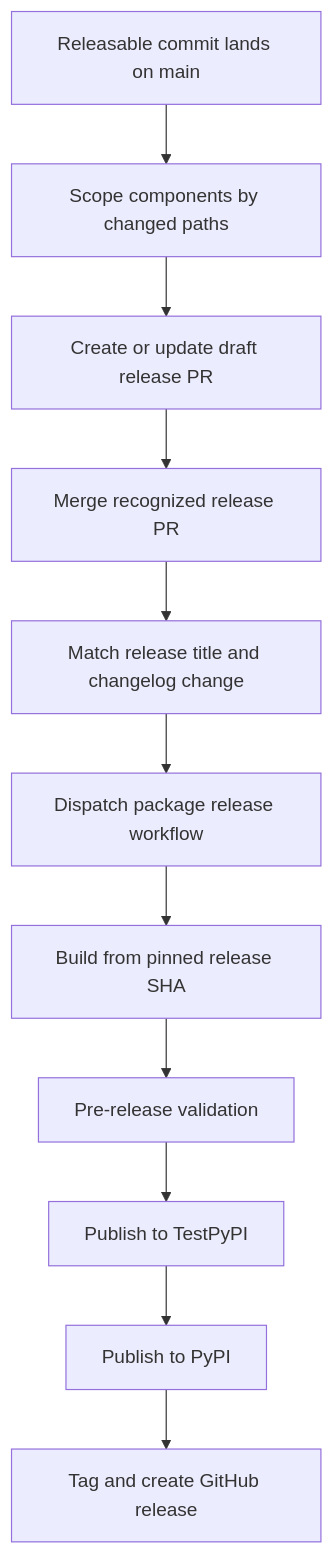
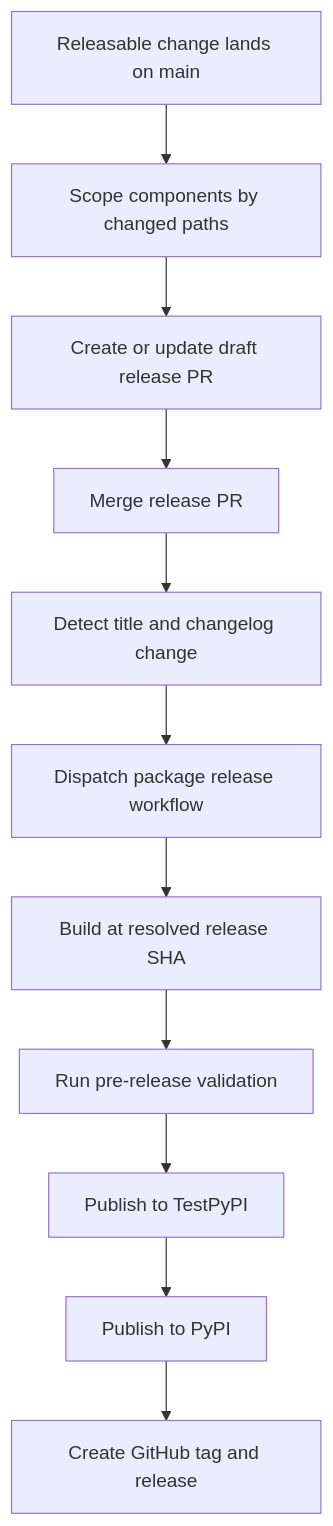
Before and after one commit to langchain-ai/deepagents: the second of 2 diagrams in openwiki/operations/development.md, drawn with Mermaid. The commit also changed other lines of this file and 136 other files, not shown here.

````diff
--- a/openwiki/operations/development.md
+++ b/openwiki/operations/development.md
@@ -141,13 +153,13 @@
 ```mermaid
 flowchart TD
-    Main["Releasable commit lands on main"] --> Scope["Scope components by changed paths"]
+    Land["Releasable change lands on main"] --> Scope["Scope components by changed paths"]
     Scope --> Draft["Create or update draft release PR"]
-    Draft --> Merge["Merge recognized release PR"]
-    Merge --> Detect["Match release title and changelog change"]
+    Draft --> Merge["Merge release PR"]
+    Merge --> Detect["Detect title and changelog change"]
     Detect --> Dispatch["Dispatch package release workflow"]
-    Dispatch --> Build["Build from pinned release SHA"]
-    Build --> Validate["Pre-release validation"]
-    Validate --> TestPyPI["Publish to TestPyPI"]
-    TestPyPI --> PyPI["Publish to PyPI"]
-    PyPI --> GitHub["Tag and create GitHub release"]
+    Dispatch --> Build["Build at resolved release SHA"]
+    Build --> Validate["Run pre-release validation"]
+    Validate --> TestIndex["Publish to TestPyPI"]
+    TestIndex --> Publish["Publish to PyPI"]
+    Publish --> Tag["Create GitHub tag and release"]
 ```
````
